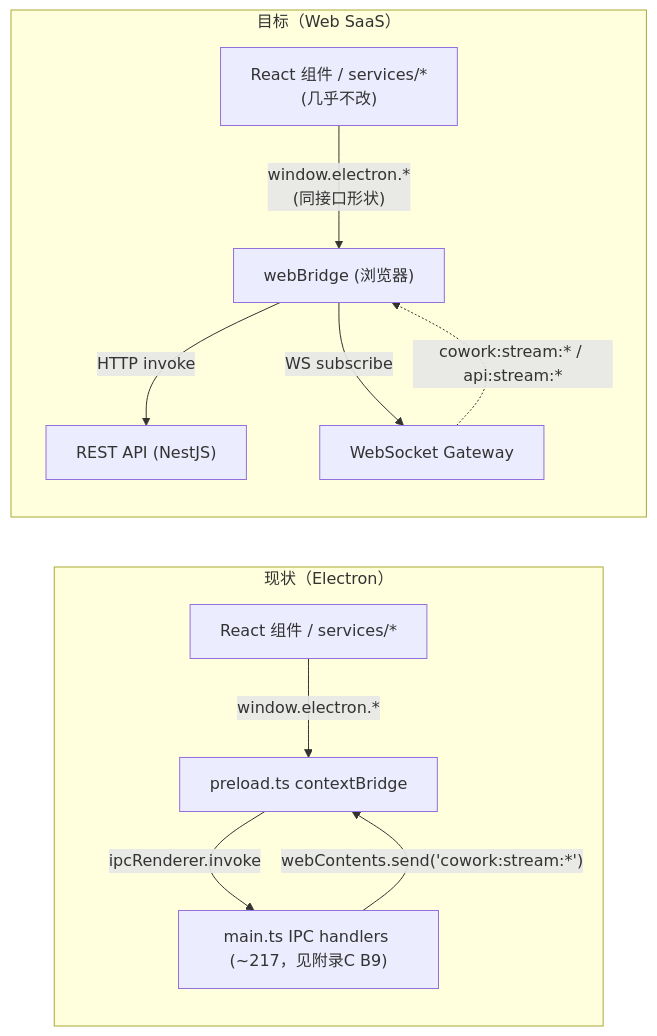
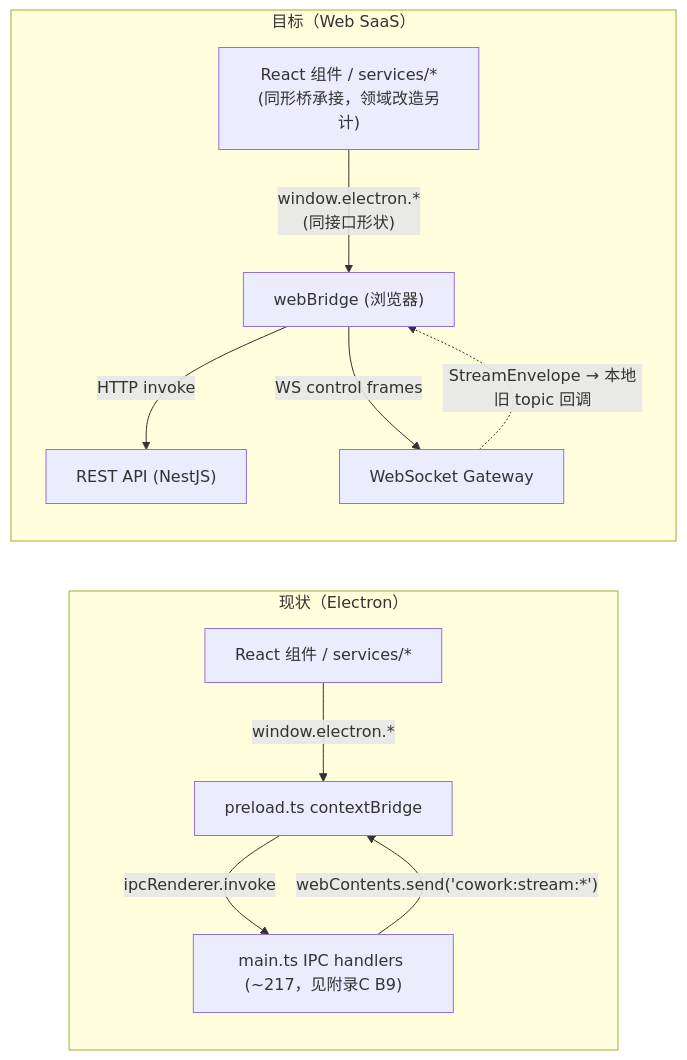
The first of 6 diagrams in 改造计划/03-前端与传输层改造.md (edward-ng-duke/LobsterAI), drawn with Mermaid before and after one commit. The commit also changed other lines of this file and 27 other files, not shown here.

````diff
--- a/改造计划/03-前端与传输层改造.md
+++ b/改造计划/03-前端与传输层改造.md
@@ -15,15 +15,15 @@
 ```mermaid
 flowchart LR
   subgraph 现状["现状（Electron）"]
     RC1["React 组件 / services/*"] -->|"window.electron.*"| PL["preload.ts contextBridge"]
     PL -->|"ipcRenderer.invoke"| MAIN["main.ts IPC handlers (~217，见附录C B9)"]
     MAIN -->|"webContents.send('cowork:stream:*')"| PL
   end
 
   subgraph 目标["目标（Web SaaS）"]
-    RC2["React 组件 / services/*<br/>(几乎不改)"] -->|"window.electron.*<br/>(同接口形状)"| WB["webBridge (浏览器)"]
+    RC2["React 组件 / services/*<br/>(同形桥承接，领域改造另计)"] -->|"window.electron.*<br/>(同接口形状)"| WB["webBridge (浏览器)"]
     WB -->|"HTTP invoke"| API["REST API (NestJS)"]
-    WB -->|"WS subscribe"| WS["WebSocket Gateway"]
-    WS -.->|"cowork:stream:* / api:stream:*"| WB
+    WB -->|"WS control frames"| WS["WebSocket Gateway"]
+    WS -.->|"StreamEnvelope → 本地旧 topic 回调"| WB
   end
 ```
````
